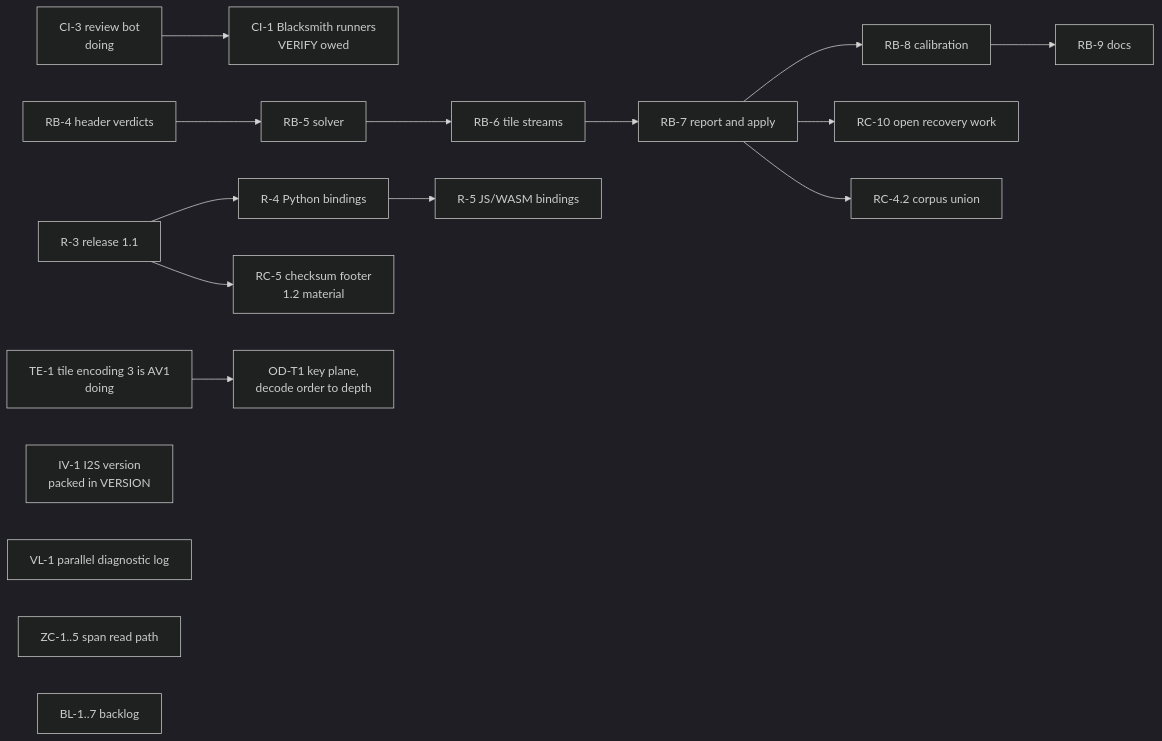
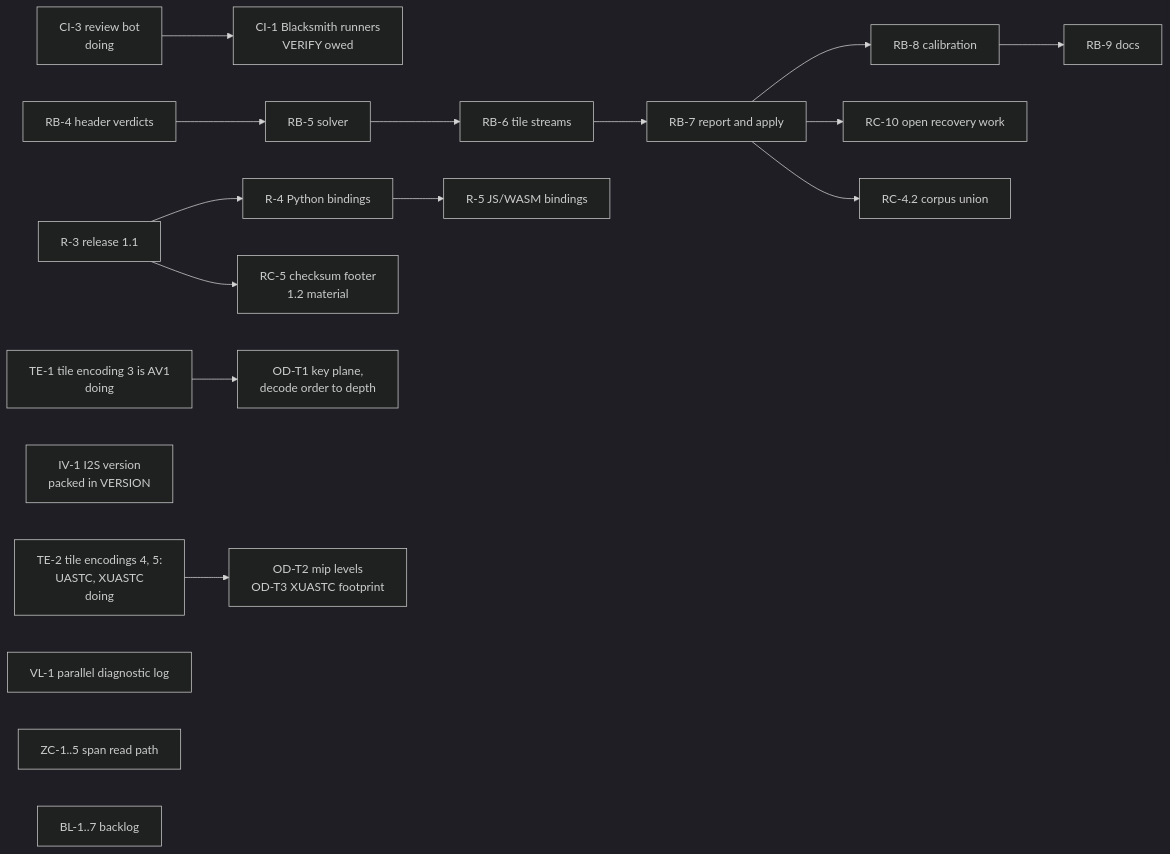
The diagram in development/WBS.md (Aptix-Bio/Iris-File-Extension), drawn with Mermaid (dark theme) before and after one commit. The commit also changed other lines of this file and 7 other files, not shown here.

````diff
--- a/development/WBS.md
+++ b/development/WBS.md
@@ -40,19 +40,20 @@
 ```mermaid
 flowchart LR
     CI3["CI-3 review bot<br/>doing"] --> CI1["CI-1 Blacksmith runners<br/>VERIFY owed"]
     RB4["RB-4 header verdicts"] --> RB5["RB-5 solver"]
     RB5 --> RB6["RB-6 tile streams"]
     RB6 --> RB7["RB-7 report and apply"]
     RB7 --> RB8["RB-8 calibration"]
     RB8 --> RB9["RB-9 docs"]
     RB7 --> RC10["RC-10 open recovery work"]
     RB7 --> RC4["RC-4.2 corpus union"]
     R3["R-3 release 1.1"] --> R4["R-4 Python bindings"]
     R4 --> R5["R-5 JS/WASM bindings"]
     R3 --> RC5["RC-5 checksum footer<br/>1.2 material"]
     TE1["TE-1 tile encoding 3 is AV1<br/>doing"] --> OD["OD-T1 key plane,<br/>decode order to depth"]
     IV1["IV-1 I2S version<br/>packed in VERSION"]
+    TE2["TE-2 tile encodings 4, 5:<br/>UASTC, XUASTC<br/>doing"] --> OD2["OD-T2 mip levels<br/>OD-T3 XUASTC footprint"]
     VL1["VL-1 parallel diagnostic log"]
     ZC["ZC-1..5 span read path"]
     BL["BL-1..7 backlog"]
 ```
````
